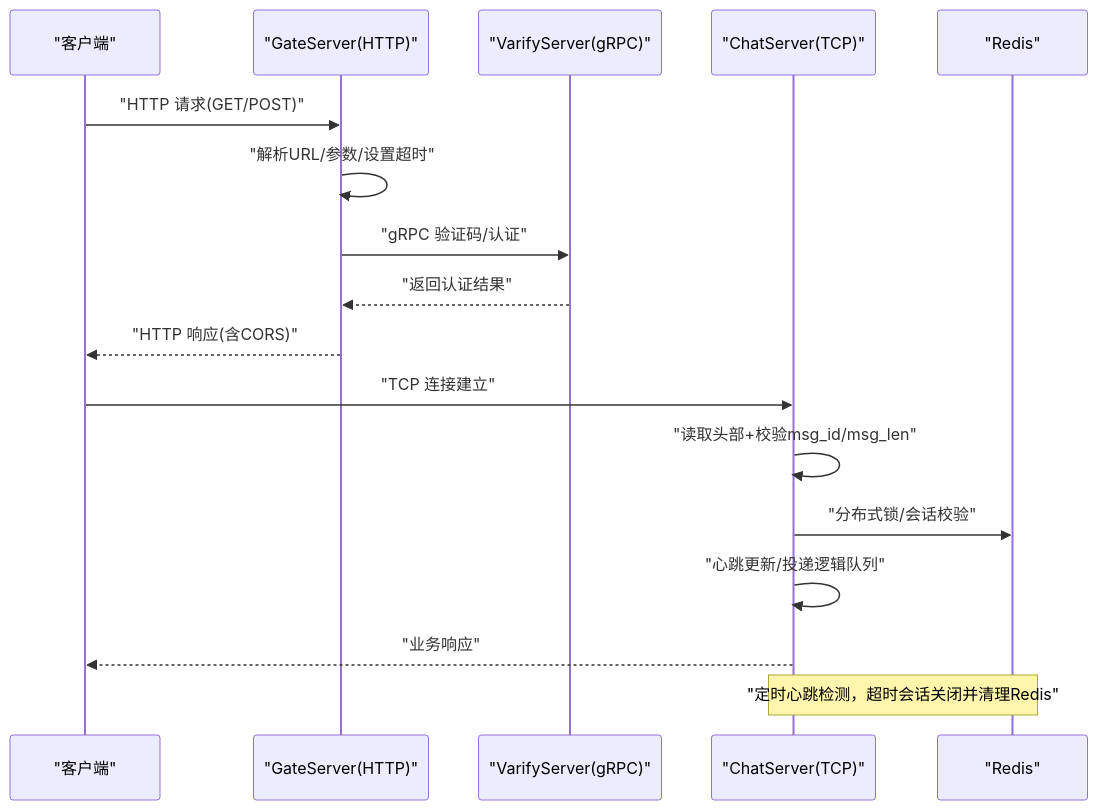
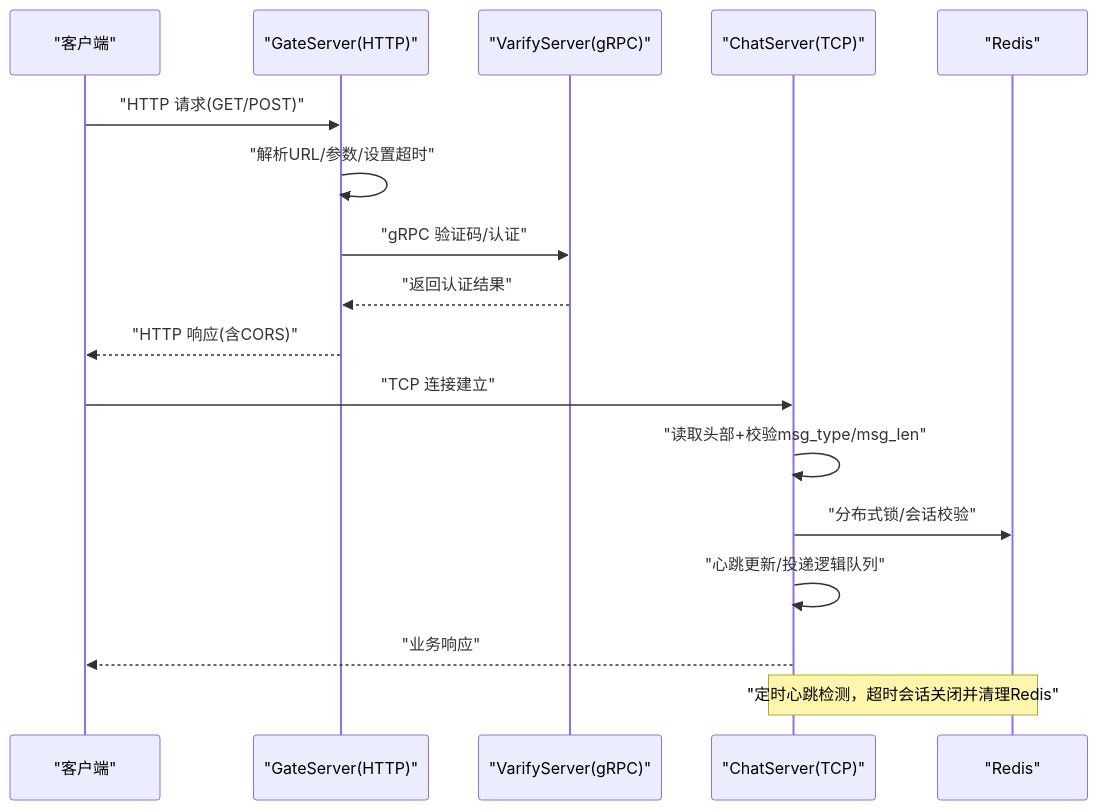
One commit to echo9923/mychatter changed the second of 6 diagrams in .qoder/repowiki/zh/content/安全设计/网络安全防护/网络安全防护.md. Above: the diagram before and after it, drawn with Mermaid. The commit also changed other lines of this file and 128 other files, not shown here.

First line of the commit message:
refactor(protocol): TCP 帧头消息类型 msg_id 全局改名为 msg_type

````diff
--- a/.qoder/repowiki/zh/content/安全设计/网络安全防护/网络安全防护.md
+++ b/.qoder/repowiki/zh/content/安全设计/网络安全防护/网络安全防护.md
@@ -66,19 +66,19 @@
 ```mermaid
 sequenceDiagram
 participant C as "客户端"
 participant G as "GateServer(HTTP)"
 participant V as "VarifyServer(gRPC)"
 participant S as "ChatServer(TCP)"
 participant R as "Redis"
 C->>G : "HTTP 请求(GET/POST)"
 G->>G : "解析URL/参数/设置超时"
 G->>V : "gRPC 验证码/认证"
 V-->>G : "返回认证结果"
 G-->>C : "HTTP 响应(含CORS)"
 C->>S : "TCP 连接建立"
-S->>S : "读取头部+校验msg_id/msg_len"
+S->>S : "读取头部+校验msg_type/msg_len"
 S->>R : "分布式锁/会话校验"
 S->>S : "心跳更新/投递逻辑队列"
 S-->>C : "业务响应"
 Note over S,R : "定时心跳检测，超时会话关闭并清理Redis"
 ```
````
